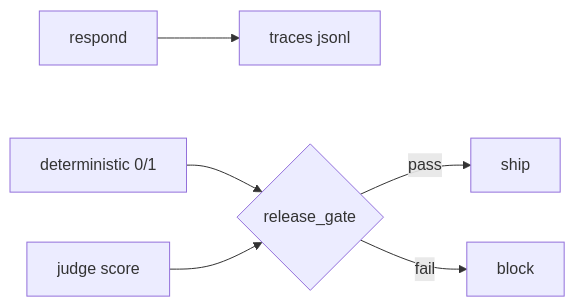
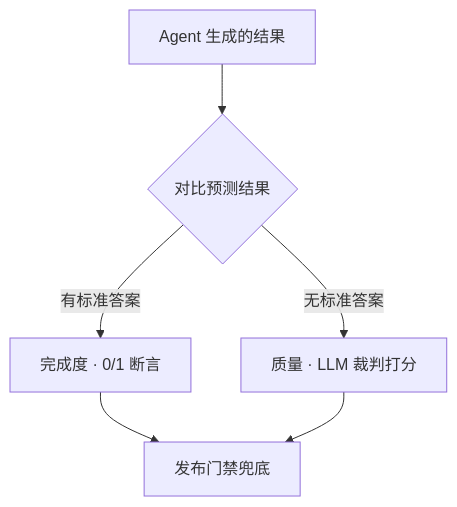
Before and after one commit to aslixzhou-byte/learning-waku-agent-small-zh: the diagram in README.md, drawn with Mermaid. The commit also changed other lines of this file and 118 other files, not shown here.

````diff
--- a/README.md
+++ b/README.md
@@ -193,8 +173,8 @@
 ```mermaid
-flowchart LR
-  RUN[respond] --> TRACE[traces jsonl]
-  DET[deterministic 0/1] --> RG{release_gate}
-  JUD[judge score] --> RG
-  RG -->|pass| SHIP[ship]
-  RG -->|fail| BLOCK[block]
+flowchart TB
+  A[Agent 生成的结果] --> B{对比预测结果}
+  B -->|有标准答案| C[完成度 · 0/1 断言]
+  B -->|无标准答案| D[质量 · LLM 裁判打分]
+  C --> E[发布门禁兜底]
+  D --> E
 ```
````
